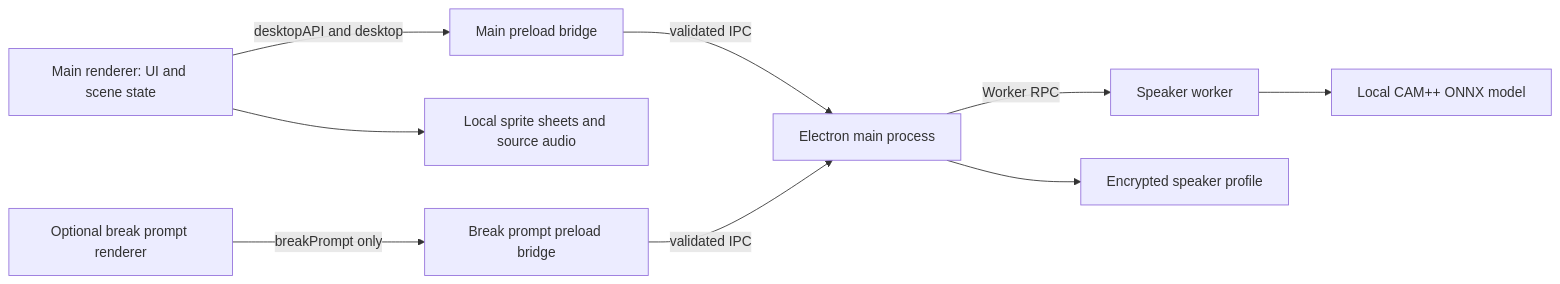
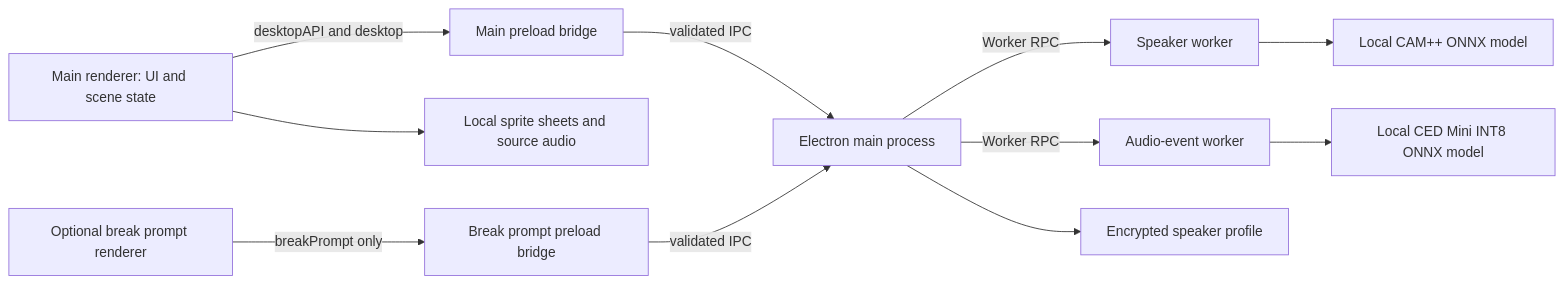
One commit to bwai0640-arch/red-watch-recite changed the first of 3 diagrams in docs/ARCHITECTURE.md. Above: the diagram before and after it, drawn with Mermaid. The commit also changed other lines of this file and 22 other files, not shown here.

````diff
--- a/docs/ARCHITECTURE.md
+++ b/docs/ARCHITECTURE.md
@@ -11,11 +11,13 @@
 ```mermaid
 flowchart LR
     UI["Main renderer: UI and scene state"] -->|"desktopAPI and desktop"| Preload["Main preload bridge"]
     Preload -->|"validated IPC"| Main["Electron main process"]
     Prompt["Optional break prompt renderer"] -->|"breakPrompt only"| PromptPreload["Break prompt preload bridge"]
     PromptPreload -->|"validated IPC"| Main
     Main -->|"Worker RPC"| Worker["Speaker worker"]
     Worker --> Model["Local CAM++ ONNX model"]
+    Main -->|"Worker RPC"| AudioWorker["Audio-event worker"]
+    AudioWorker --> AudioModel["Local CED Mini INT8 ONNX model"]
     Main --> Data["Encrypted speaker profile"]
     UI --> Media["Local sprite sheets and source audio"]
 ```
````
